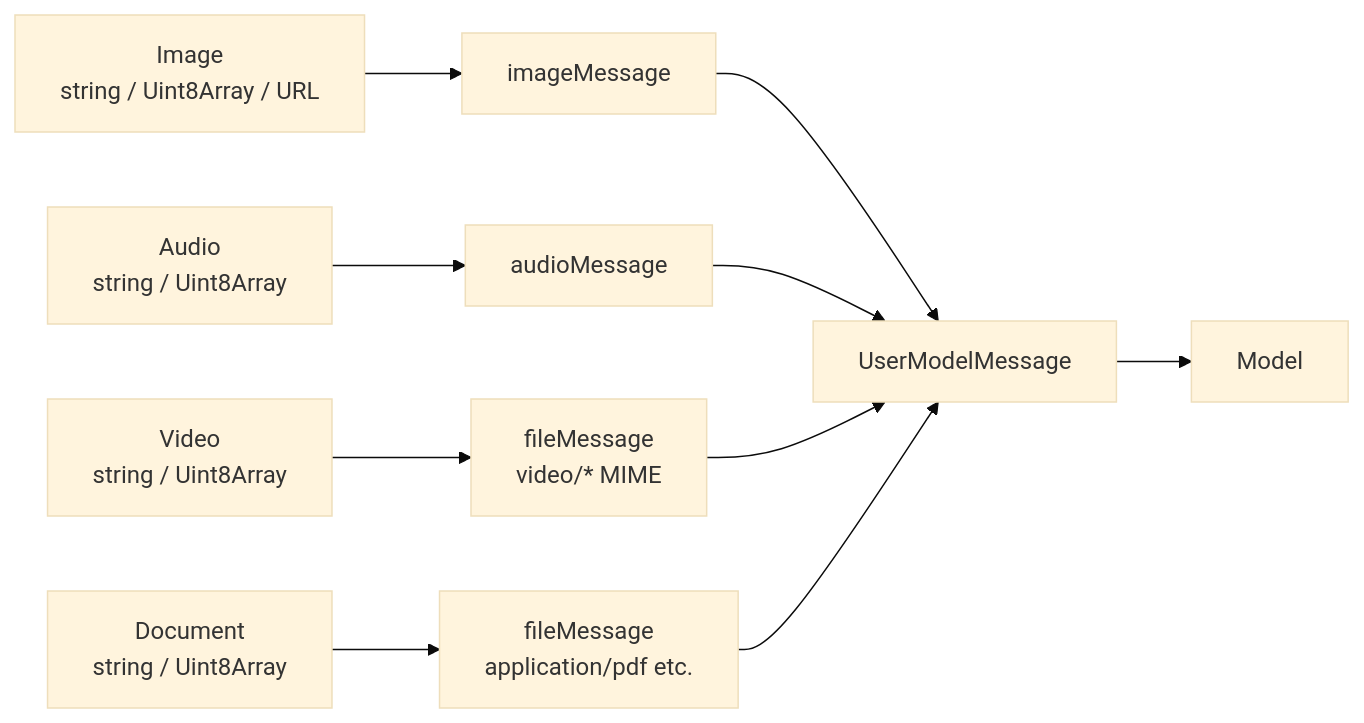
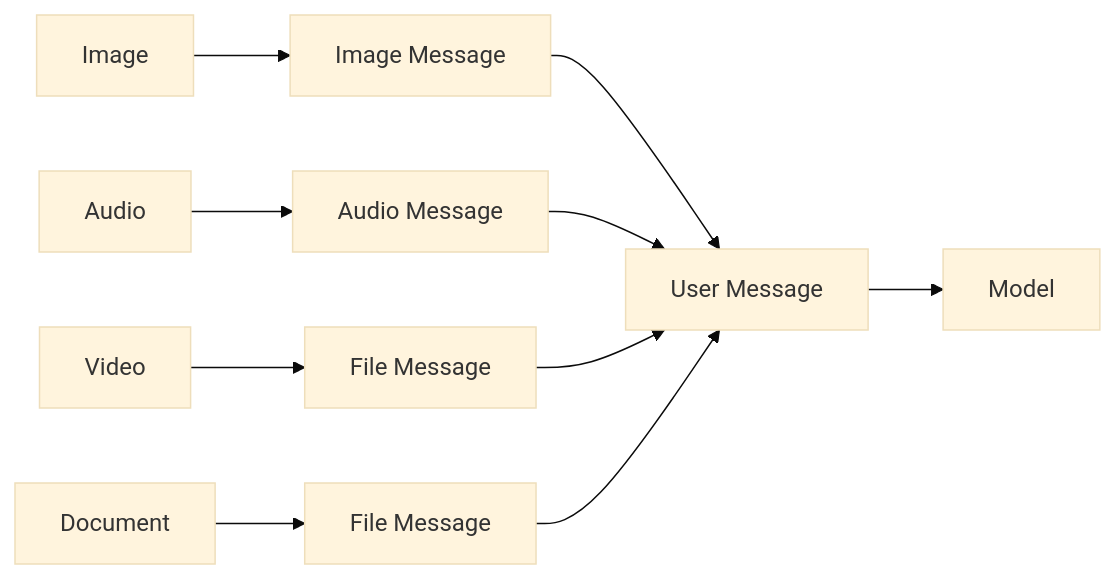
Before and after one commit to a7ul/vibes: the first of 2 diagrams in packages/framework/docs/advanced/multimodal.mdx, drawn with Mermaid (base theme). The commit also changed other lines of this file and 26 other files, not shown here.

````diff
--- a/packages/framework/docs/advanced/multimodal.mdx
+++ b/packages/framework/docs/advanced/multimodal.mdx
@@ -14,12 +14,12 @@
 ```mermaid
 flowchart LR
-    IMG[Image\nstring / Uint8Array / URL] --> IM[imageMessage]
-    AUD[Audio\nstring / Uint8Array] --> AM[audioMessage]
-    VID[Video\nstring / Uint8Array] --> FM_V[fileMessage\nvideo/* MIME]
-    DOC[Document\nstring / Uint8Array] --> FM_D[fileMessage\napplication/pdf etc.]
-    IM --> UMM[UserModelMessage]
+    IMG[Image] --> IM[Image Message]
+    AUD[Audio] --> AM[Audio Message]
+    VID[Video] --> FM_V[File Message]
+    DOC[Document] --> FM_D[File Message]
+    IM --> UMM[User Message]
     AM --> UMM
     FM_V --> UMM
     FM_D --> UMM
     UMM --> MODEL[Model]
 ```
````
